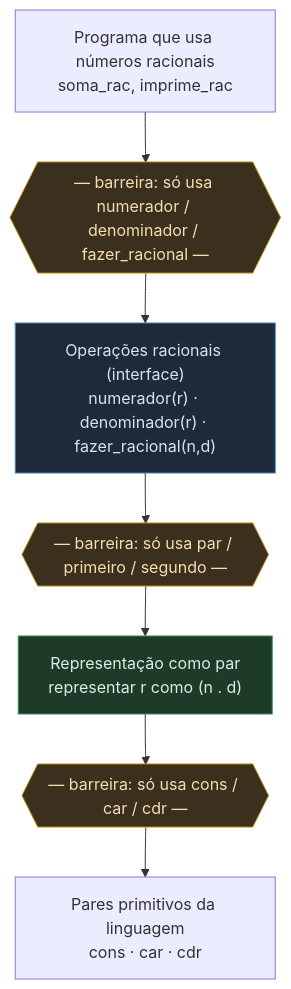
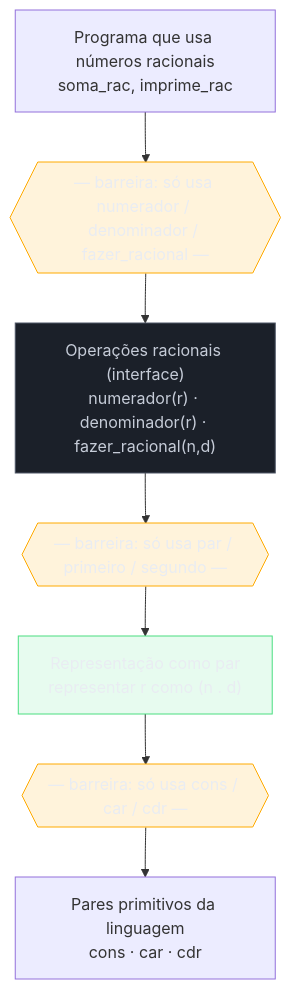
The third of 4 diagrams in 03-Dominios/Engenharia/Complexidade de Software/05 - Abstração - a ferramenta central.md (josenaldo/codex-technomanticus), drawn with Mermaid before and after one commit. The commit also changed other lines of this file and 1181 other files, not shown here.

First line of the commit message:
fix(diagramas): paleta do sistema no lugar de cor cravada no markdown

````diff
--- a/03-Dominios/Engenharia/Complexidade de Software/05 - Abstração - a ferramenta central.md
+++ b/03-Dominios/Engenharia/Complexidade de Software/05 - Abstração - a ferramenta central.md
@@ -245,16 +249,19 @@
 ```mermaid
 flowchart TB
+    classDef destaque fill:#FFAA0024,stroke:#FFAA00,color:#E9ECF2
+    classDef neutro fill:#1B2029,stroke:#4E5666,color:#C6CCD8
+    classDef ok fill:#4ADE8021,stroke:#4ADE80,color:#E9ECF2
     U["Programa que usa números racionais\nsoma_rac, imprime_rac"]
     B1{{"— barreira: só usa numerador / denominador / fazer_racional —"}}
     S["Operações racionais (interface)\nnumerador(r) · denominador(r) · fazer_racional(n,d)"]
     B2{{"— barreira: só usa par / primeiro / segundo —"}}
     P["Representação como par\nrepresentar r como (n . d)"]
     B3{{"— barreira: só usa cons / car / cdr —"}}
     H["Pares primitivos da linguagem\ncons · car · cdr"]
     U --> B1 --> S --> B2 --> P --> B3 --> H
-    style B1 fill:#3b2f1e,stroke:#b8860b,color:#f5deb3
-    style B2 fill:#3b2f1e,stroke:#b8860b,color:#f5deb3
-    style B3 fill:#3b2f1e,stroke:#b8860b,color:#f5deb3
-    style S fill:#1e2a3b,stroke:#4682b4,color:#d6e4f0
-    style P fill:#1e3b2a,stroke:#2e8b57,color:#d6f0e4
+    class B1 destaque
+    class B2 destaque
+    class B3 destaque
+    class S neutro
+    class P ok
 ```
````
